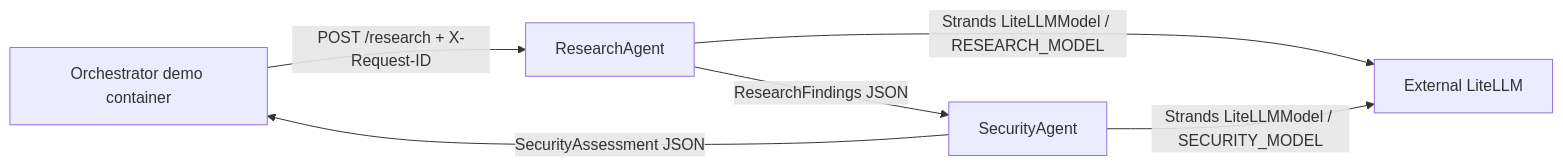
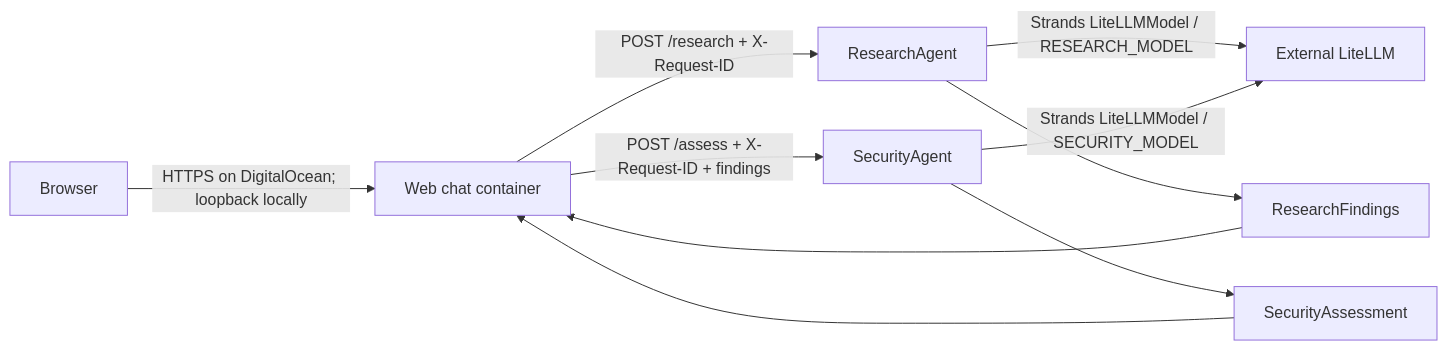
The diagram in docs/architecture.md (vchokshi/viharbot), drawn with Mermaid before and after one commit. The commit also changed other lines of this file and 18 other files, not shown here.

Commit message:
Add web chat and DigitalOcean stage deployment

````diff
--- a/docs/architecture.md
+++ b/docs/architecture.md
@@ -7,8 +7,12 @@
 ```mermaid
 flowchart LR
-  O[Orchestrator demo container] -->|POST /research + X-Request-ID| R[ResearchAgent]
+  U[Browser] -->|HTTPS on DigitalOcean; loopback locally| W[Web chat container]
+  W -->|POST /research + X-Request-ID| R[ResearchAgent]
+  W -->|POST /assess + X-Request-ID + findings| S[SecurityAgent]
   R -->|Strands LiteLLMModel / RESEARCH_MODEL| L[External LiteLLM]
-  R -->|ResearchFindings JSON| S[SecurityAgent]
   S -->|Strands LiteLLMModel / SECURITY_MODEL| L
-  S -->|SecurityAssessment JSON| O
+  R --> F[ResearchFindings]
+  S --> A[SecurityAssessment]
+  F --> W
+  A --> W
 ```
````
